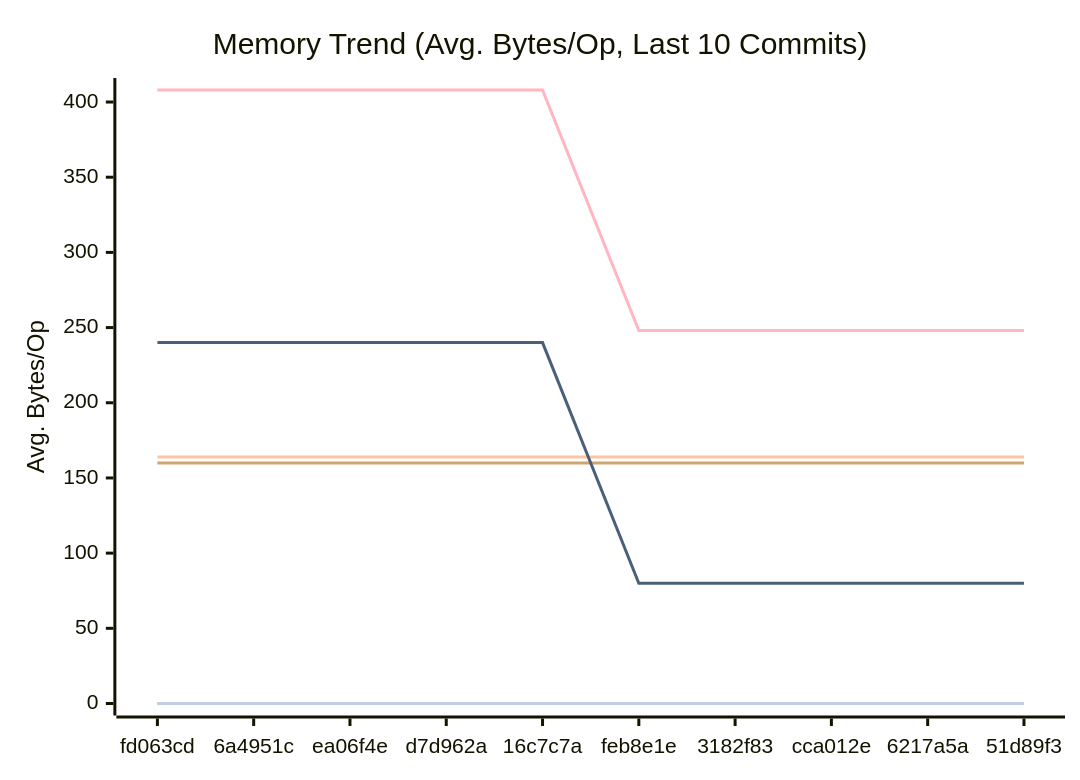
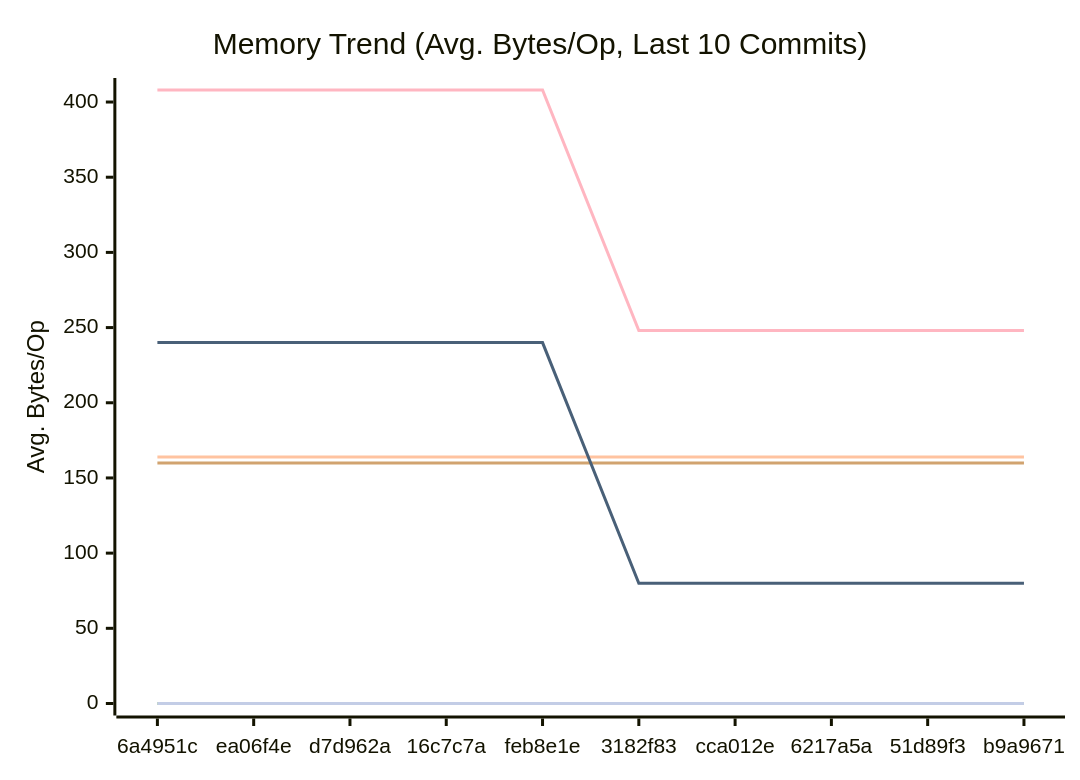
One commit to alsotoes/momo changed the second of 3 diagrams in docs/PERFORMANCE.md. Above: the diagram before and after it, drawn with Mermaid. The commit also changed other lines of this file and 3 other files, not shown here.

````diff
--- a/docs/PERFORMANCE.md
+++ b/docs/PERFORMANCE.md
@@ -97,16 +97,16 @@
 ```mermaid
 xychart-beta
     title "Memory Trend (Avg. Bytes/Op, Last 10 Commits)"
     x-axis "Commit"
     y-axis "Avg. Bytes/Op"
-    x-axis [fd063cd,6a4951c,ea06f4e,d7d962a,16c7c7a,feb8e1e,3182f83,cca012e,6217a5a,51d89f3]
+    x-axis [6a4951c,ea06f4e,d7d962a,16c7c7a,feb8e1e,3182f83,cca012e,6217a5a,51d89f3,b9a9671]
     line "CheckMetricsAndSwap" [0,0,0,0,0,0,0,0,0,0]
     line "CrushOptimized" [0,0,0,0,0,0,0,0,0,0]
     line "CrushOriginal" [164,164,164,164,164,164,164,164,164,164]
     line "IndexDirectTracking" [0,0,0,0,0,0,0,0,0,0]
     line "IndexSearch" [0,0,0,0,0,0,0,0,0,0]
     line "LoadGlobalConfig" [160,160,160,160,160,160,160,160,160,160]
     line "PadString" [0,0,0,0,0,0,0,0,0,0]
     line "ParseReplicationOrder_NoPrealloc" [408,408,408,408,408,248,248,248,248,248]
     line "ParseReplicationOrder_Prealloc" [240,240,240,240,240,80,80,80,80,80]
 ```
````
